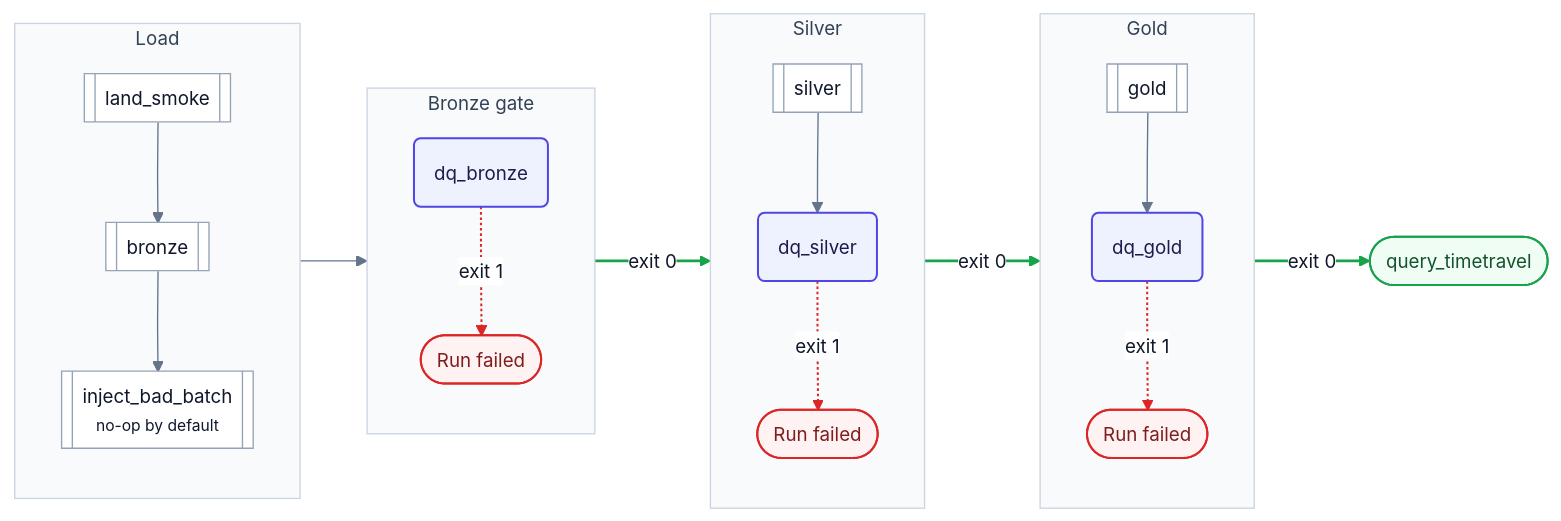
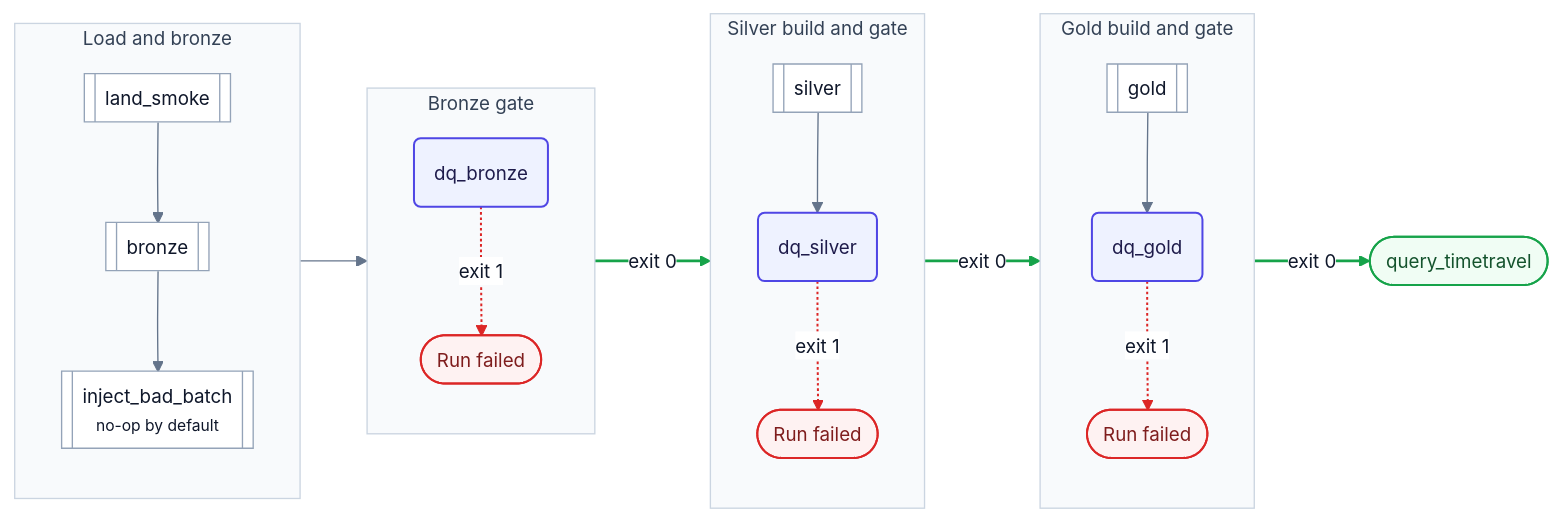
One commit to santoshshinde2012/lakehouse-quality-gates changed the fifth of 5 diagrams in docs/architecture/data-flow.md. Above: the diagram before and after it, drawn with Mermaid. The commit also changed other lines of this file and 48 other files, not shown here.

````diff
--- a/docs/architecture/data-flow.md
+++ b/docs/architecture/data-flow.md
@@ -292,54 +277,54 @@
 ```mermaid
 %%{init: {'theme':'base','themeVariables':{'fontFamily':'Inter, system-ui, -apple-system, Segoe UI, Helvetica, Arial, sans-serif','fontSize':'14px','primaryColor':'#ffffff','primaryTextColor':'#0f172a','primaryBorderColor':'#94a3b8','secondaryColor':'#f8fafc','tertiaryColor':'#f8fafc','lineColor':'#64748b','textColor':'#0f172a','clusterBkg':'#f8fafc','clusterBorder':'#cbd5e1','titleColor':'#334155','edgeLabelBackground':'#ffffff','noteBkgColor':'#f8fafc','noteTextColor':'#0f172a','noteBorderColor':'#cbd5e1','actorBkg':'#ffffff','actorBorder':'#94a3b8','actorTextColor':'#0f172a','actorLineColor':'#94a3b8','signalColor':'#475569','signalTextColor':'#0f172a','labelBoxBkgColor':'#f8fafc','labelBoxBorderColor':'#94a3b8','labelTextColor':'#0f172a','loopTextColor':'#0f172a','activationBkgColor':'#eef2ff','activationBorderColor':'#4f46e5','sequenceNumberColor':'#ffffff','classText':'#0f172a','xyChart':{'backgroundColor':'#ffffff','plotColorPalette':'#4f46e5, #d97706, #0d9488','titleColor':'#0f172a','xAxisLabelColor':'#334155','yAxisLabelColor':'#334155','xAxisLineColor':'#94a3b8','yAxisLineColor':'#94a3b8'}}}}%%
 %% Title: Airflow DAG lakehouse_retail_medallion_dq
 %% Purpose: Spark tasks and gate tasks in the gated DAG
 %% Last updated: 2026-10-13
 %% Theme: docs/diagrams/THEME.md (shared init line above). Edit here, then run: make diagrams
 flowchart LR
-  subgraph LOAD["Load"]
+  subgraph LOAD["Load and bronze"]
     direction TB
     ST[["land_smoke"]]:::node
     BR[["bronze"]]:::node
     IN[["inject_bad_batch<br/><small>no-op by default</small>"]]:::node
     ST --> BR --> IN
   end
   subgraph QB["Bronze gate"]
     direction TB
     DB("dq_bronze"):::ours
     F1(["Run failed"]):::blocked
     DB -. exit 1 .-> F1
   end
-  subgraph QS["Silver"]
+  subgraph QS["Silver build and gate"]
     direction TB
     SI[["silver"]]:::node
     DS("dq_silver"):::ours
     F2(["Run failed"]):::blocked
     SI --> DS
     DS -. exit 1 .-> F2
   end
-  subgraph QG["Gold"]
+  subgraph QG["Gold build and gate"]
     direction TB
     GO[["gold"]]:::node
     DG("dq_gold"):::ours
     F3(["Run failed"]):::blocked
     GO --> DG
     DG -. exit 1 .-> F3
   end
   EN(["query_timetravel"]):::pass
   LOAD --> QB
   QB -->|exit 0| QS
   QS -->|exit 0| QG
   QG -->|exit 0| EN
   classDef node fill:#ffffff,stroke:#94a3b8,stroke-width:1px,color:#0f172a
   classDef store fill:#f1f5f9,stroke:#64748b,stroke-width:1px,color:#0f172a
   classDef ours fill:#eef2ff,stroke:#4f46e5,stroke-width:1.5px,color:#1e1b4b
   classDef actor fill:#ffffff,stroke:#64748b,stroke-width:1px,color:#0f172a
   classDef blocked fill:#fef2f2,stroke:#dc2626,stroke-width:1.5px,color:#7f1d1d
   classDef pass fill:#f0fdf4,stroke:#16a34a,stroke-width:1.5px,color:#14532d
   style LOAD fill:#f8fafc,stroke:#cbd5e1,stroke-width:1px,color:#334155
   style QB fill:#f8fafc,stroke:#cbd5e1,stroke-width:1px,color:#334155
   style QS fill:#f8fafc,stroke:#cbd5e1,stroke-width:1px,color:#334155
   style QG fill:#f8fafc,stroke:#cbd5e1,stroke-width:1px,color:#334155
   linkStyle 2,4,6 stroke:#dc2626,stroke-width:1.5px
   linkStyle 8,9,10 stroke:#16a34a,stroke-width:2px
 ```
````
